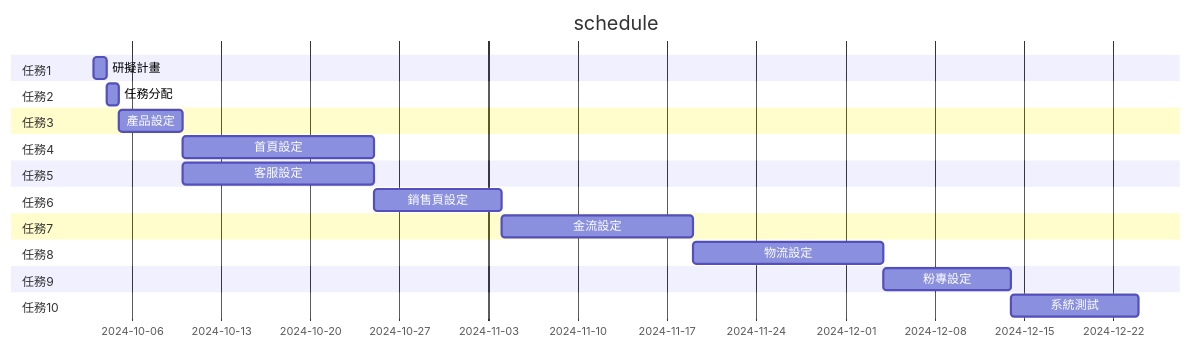
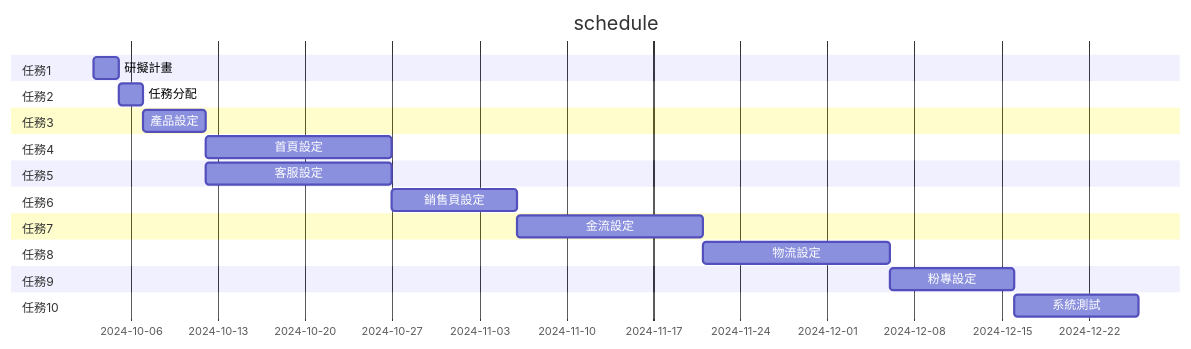
The first of 3 diagrams in README.md (SayoruFps/E-commerce_MiDo-Bakery), drawn with Mermaid before and after one commit.

````diff
--- a/README.md
+++ b/README.md
@@ -7,35 +7,35 @@
 ```mermaid
 gantt
     title schedule
 
     section 任務1
-    研擬計畫:        a1, 2024-10-03, 1d
+    研擬計畫:        a1, 2024-10-03, 2d
 
     section 任務2
-    任務分配:        a2, after a1, 1d
+    任務分配:        a2, after a1, 2d
 
     section 任務3
     產品設定:        a3, after a2, 5d
 
     section 任務4
     首頁設定:        a4, after a3, 15d
 
     section 任務5
     客服設定:        a5, after a3, 15d
 
     section 任務6
     銷售頁設定:      a6, after a5, 10d
 
     section 任務7
     金流設定:        a7, after a6, 15d
 
     section 任務8
     物流設定:        a8, after a7, 15d
 
     section 任務9
     粉專設定:        a9, after a8, 10d
 
     section 任務10
     系統測試:       a10, after a9, 10d
 
 ```
````
